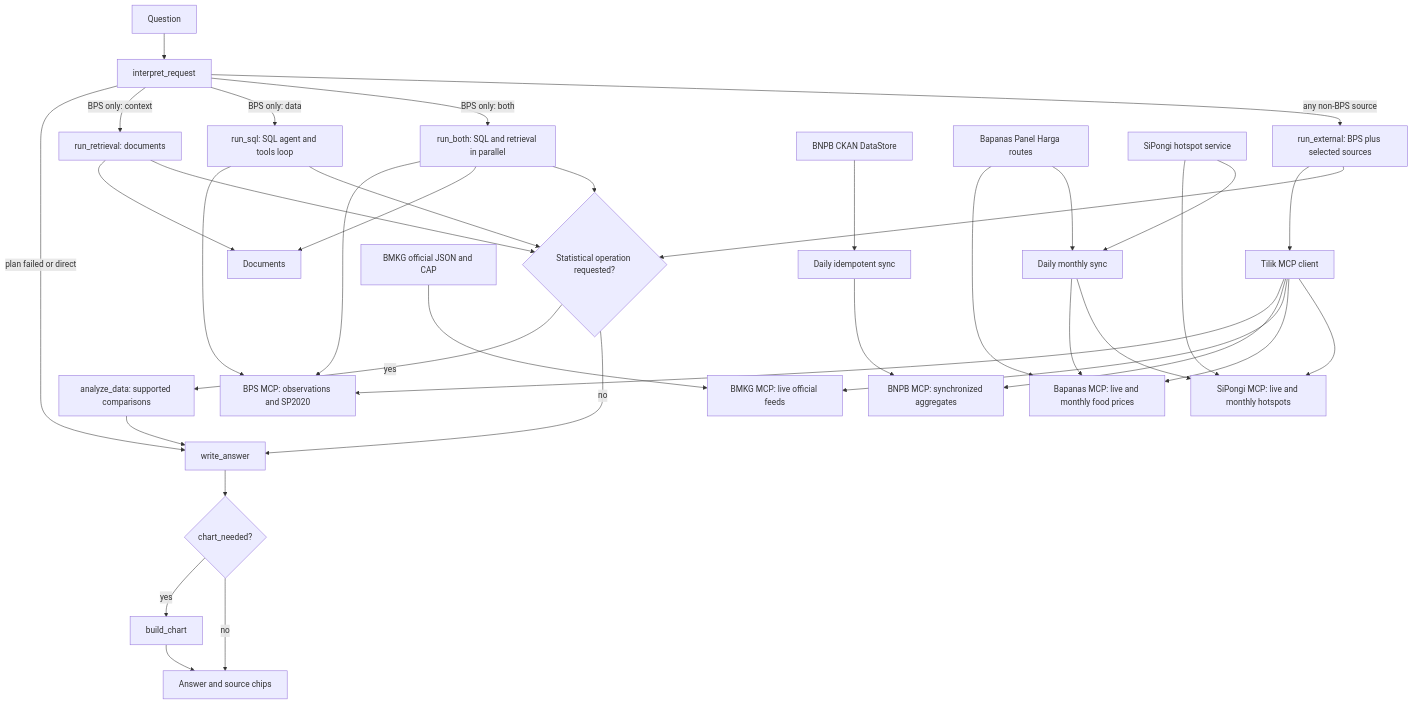
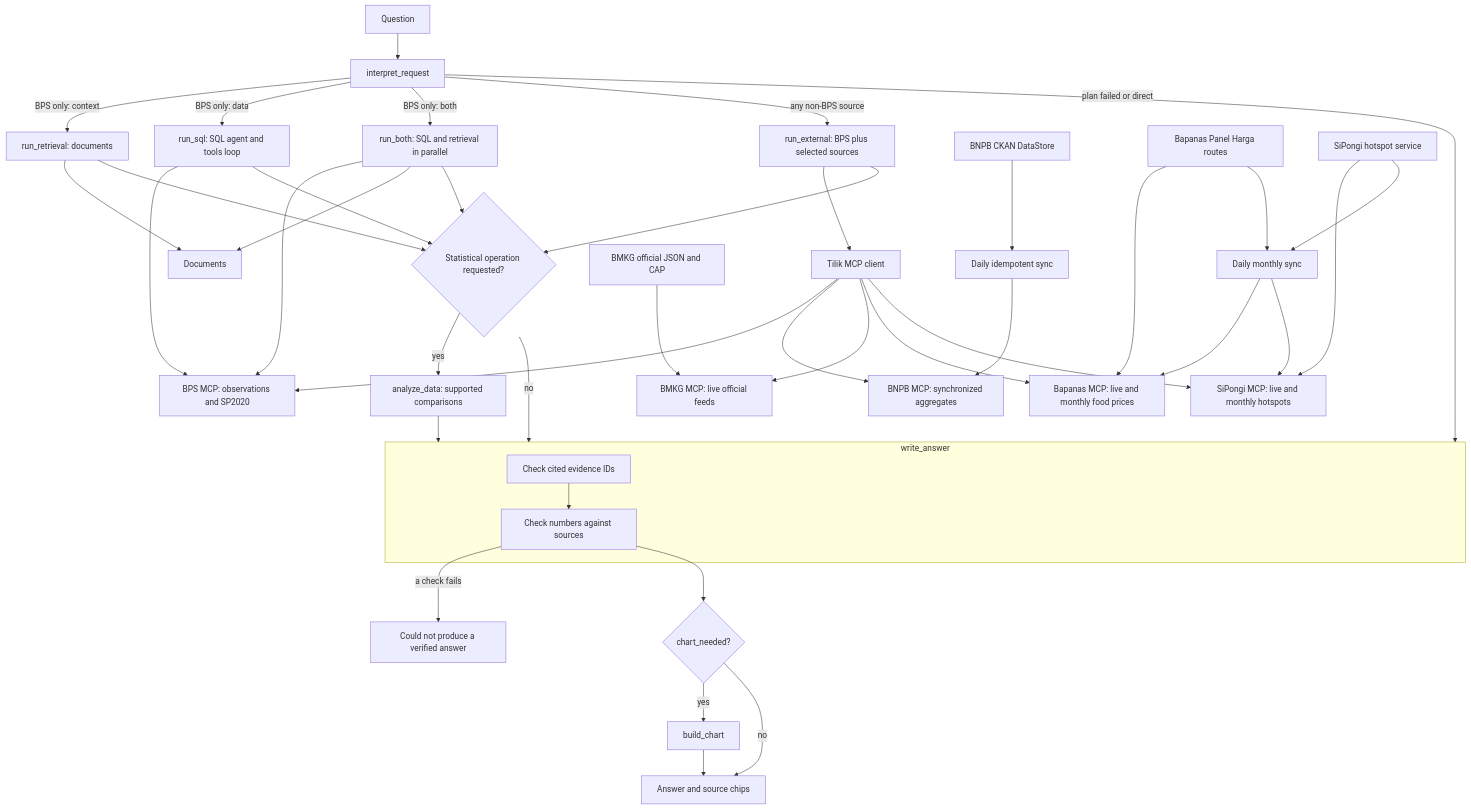
One commit to aprirachmadi/tilik-agent changed the diagram in README.md. Above: the diagram before and after it, drawn with Mermaid.

Commit message:
Show the evidence and number checks inside write_answer in the README chart

````diff
--- a/README.md
+++ b/README.md
@@ -66,39 +66,43 @@
 ```mermaid
 flowchart TD
     Q[Question] --> I[interpret_request]
-    I -->|plan failed or direct| W[write_answer]
+    I -->|plan failed or direct| W
     I -->|BPS only: context| R[run_retrieval: documents]
     I -->|BPS only: data| S[run_sql: SQL agent and tools loop]
     I -->|BPS only: both| RB[run_both: SQL and retrieval in parallel]
     I -->|any non-BPS source| X[run_external: BPS plus selected sources]
     X --> C[Tilik MCP client]
     C --> B[BPS MCP: observations and SP2020]
     C --> N[BNPB MCP: synchronized aggregates]
     C --> M[BMKG MCP: live official feeds]
     C --> F[Bapanas MCP: live and monthly food prices]
     C --> H[SiPongi MCP: live and monthly hotspots]
     S --> B
     R --> D[Documents]
     RB --> B
     RB --> D
     R --> G{Statistical operation requested?}
     S --> G
     RB --> G
     X --> G
     G -->|yes| A[analyze_data: supported comparisons]
     G -->|no| W
     A --> W
-    W --> K{chart_needed?}
+    subgraph W[write_answer]
+        CI[Check cited evidence IDs] --> CN[Check numbers against sources]
+    end
+    CN -->|a check fails| FX[Could not produce a verified answer]
+    CN --> K{chart_needed?}
     K -->|yes| BC[build_chart]
     K -->|no| U[Answer and source chips]
     BC --> U
     CKAN[BNPB CKAN DataStore] --> SYNC[Daily idempotent sync]
     SYNC --> N
     LIVE[BMKG official JSON and CAP] --> M
     PANEL[Bapanas Panel Harga routes] --> F
     PANEL --> MSYNC[Daily monthly sync]
     SPG[SiPongi hotspot service] --> H
     SPG --> MSYNC
     MSYNC --> F
     MSYNC --> H
 ```
````
